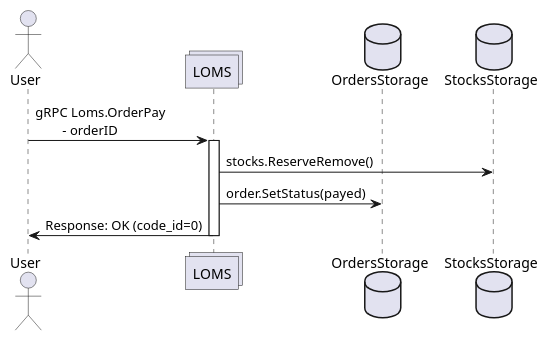
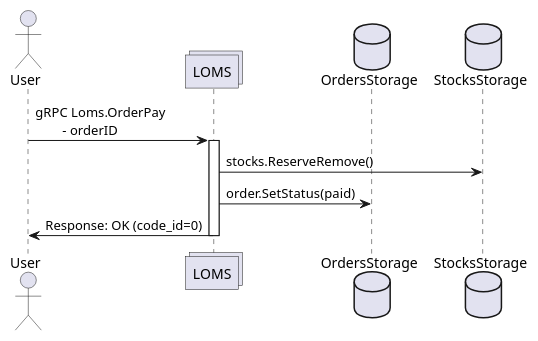
One commit to DmitryOrNotDmitry/mini-marketplace changed the diagram in docs/homework-3/img/loms-order-pay.plantuml. Above: the diagram before and after it, drawn with PlantUML. The commit also changed 3 other files, not shown here.

Commit message:
поменял payed->paid

```diff
--- a/docs/homework-3/img/loms-order-pay.plantuml
+++ b/docs/homework-3/img/loms-order-pay.plantuml
@@ -1,17 +1,17 @@
 @startuml
 
 actor User as u
 collections LOMS as l
 database OrdersStorage as os
 database StocksStorage as ss
 
 u -> l : gRPC Loms.OrderPay\n\t- orderID
 activate l
 l -> ss : stocks.ReserveRemove()
-l -> os : order.SetStatus(payed)
+l -> os : order.SetStatus(paid)
 
 l -> u : Response: OK (code_id=0)
 
 deactivate l
 
 @enduml
```
